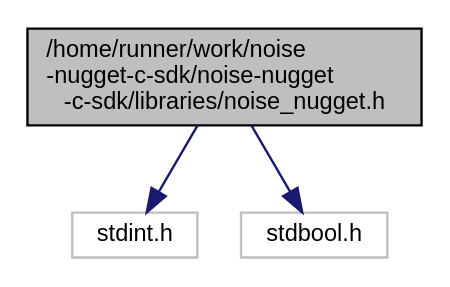
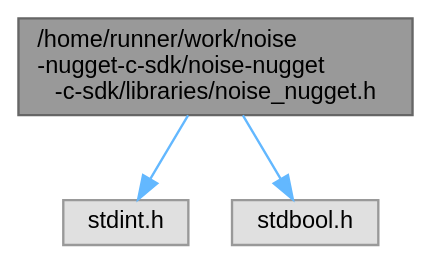
Before and after one commit to wee-noise-makers/noise-nugget-c-sdk: the diagram in noise__nugget_8h__incl.dot, drawn with Graphviz. The commit also changed 156 other files, not shown here.

```diff
--- a/noise__nugget_8h__incl.dot
+++ b/noise__nugget_8h__incl.dot
@@ -1,11 +1,12 @@
 digraph "/home/runner/work/noise-nugget-c-sdk/noise-nugget-c-sdk/libraries/noise_nugget.h"
 {
  // LATEX_PDF_SIZE
-  edge [fontname="Helvetica",fontsize="10",labelfontname="Helvetica",labelfontsize="10"];
-  node [fontname="Helvetica",fontsize="10",shape=record];
-  Node1 [label="/home/runner/work/noise\l-nugget-c-sdk/noise-nugget\l-c-sdk/libraries/noise_nugget.h",height=0.2,width=0.4,color="black", fillcolor="grey75", style="filled", fontcolor="black",tooltip="API for the Noise Nugget development board, which offers digital audio processing and synthesis."];
-  Node1 -> Node2 [color="midnightblue",fontsize="10",style="solid",fontname="Helvetica"];
-  Node2 [label="stdint.h",height=0.2,width=0.4,color="grey75", fillcolor="white", style="filled",tooltip=" "];
-  Node1 -> Node3 [color="midnightblue",fontsize="10",style="solid",fontname="Helvetica"];
-  Node3 [label="stdbool.h",height=0.2,width=0.4,color="grey75", fillcolor="white", style="filled",tooltip=" "];
+  bgcolor="transparent";
+  edge [fontname=Helvetica,fontsize=10,labelfontname=Helvetica,labelfontsize=10];
+  node [fontname=Helvetica,fontsize=10,shape=box,height=0.2,width=0.4];
+  Node1 [id="Node000001",label="/home/runner/work/noise\l-nugget-c-sdk/noise-nugget\l-c-sdk/libraries/noise_nugget.h",height=0.2,width=0.4,color="gray40", fillcolor="grey60", style="filled", fontcolor="black",tooltip="API for the Noise Nugget development board, which offers digital audio processing and synthesis."];
+  Node1 -> Node2 [id="edge1_Node000001_Node000002",color="steelblue1",style="solid",tooltip=" "];
+  Node2 [id="Node000002",label="stdint.h",height=0.2,width=0.4,color="grey60", fillcolor="#E0E0E0", style="filled",tooltip=" "];
+  Node1 -> Node3 [id="edge2_Node000001_Node000003",color="steelblue1",style="solid",tooltip=" "];
+  Node3 [id="Node000003",label="stdbool.h",height=0.2,width=0.4,color="grey60", fillcolor="#E0E0E0", style="filled",tooltip=" "];
 }
```
